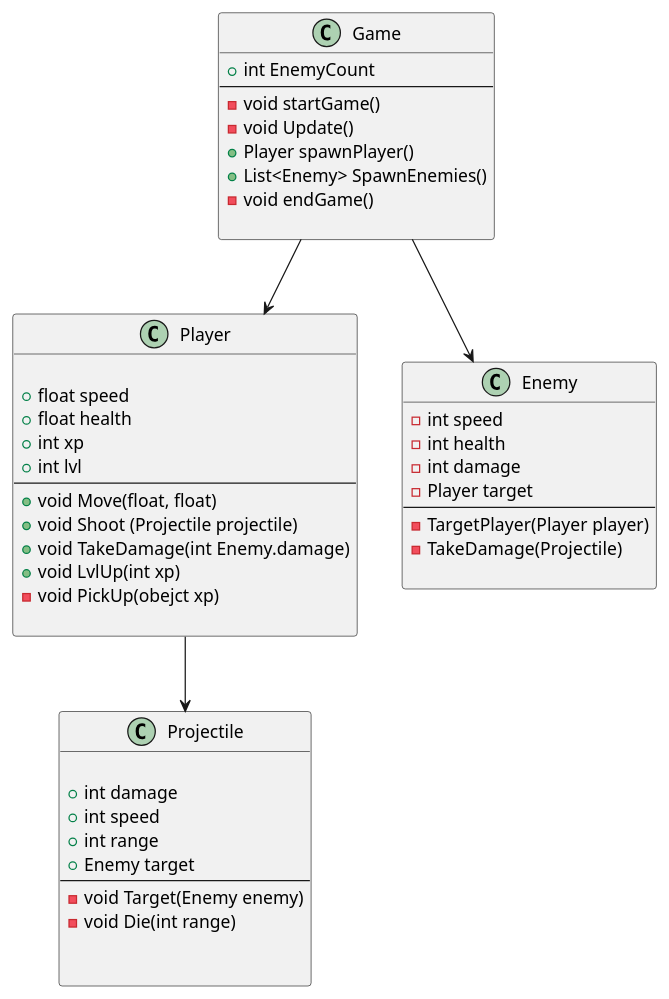
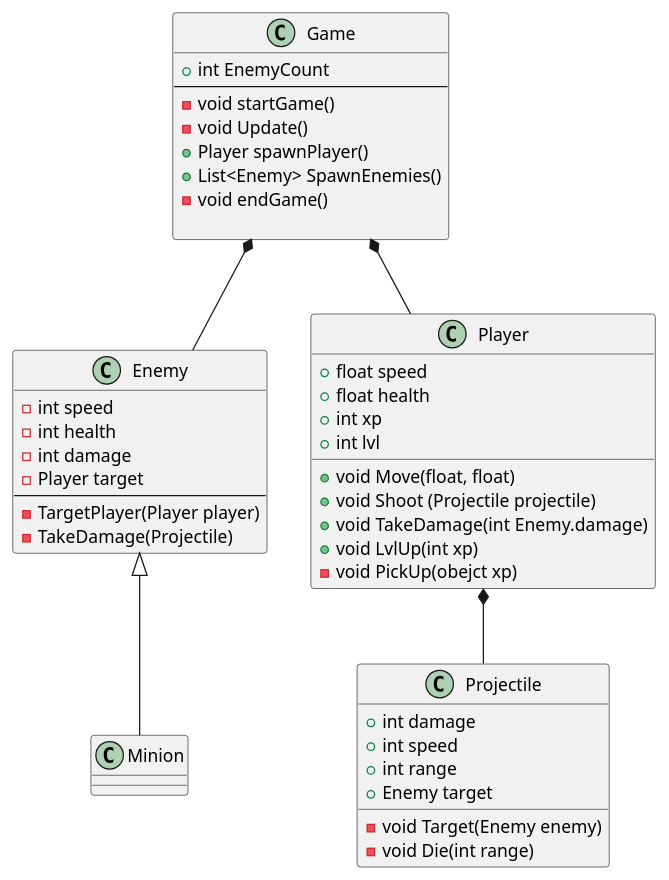
Before and after one commit to Hauvgaard2005/EksamensProjekt: the diagram in ClassDiagram.puml, drawn with PlantUML. The commit also changed 1 other file, not shown here.

Commit message:
ReadMe og Classdiagram done

```diff
--- a/ClassDiagram.puml
+++ b/ClassDiagram.puml
@@ -1,54 +1,59 @@
 
 class Player{
 
-+ float speed
-+ float health
-+ int xp
-+ int lvl
---
-+ void Move(float, float)
-+ void Shoot (Projectile projectile)
-+ void TakeDamage(int Enemy.damage)
-+ void LvlUp(int xp)
-- void PickUp(obejct xp)
+    + float speed
+    + float health
+    + int xp
+    + int lvl
+
+    + void Move(float, float)
+    + void Shoot (Projectile projectile)
+    + void TakeDamage(int Enemy.damage)
+    + void LvlUp(int xp)
+    - void PickUp(obejct xp)
 
 }
 
 class Enemy{
-- int speed
-- int health
-- int damage
-- Player target
---
-- TargetPlayer(Player player)
-- TakeDamage(Projectile)
+    - int speed
+    - int health
+    - int damage
+    - Player target
+    --
+    - TargetPlayer(Player player)
+    - TakeDamage(Projectile)
+}
+
+class Minion{
 
 }
 
+
 class Game{
-+ int EnemyCount
---
-- void startGame()
-- void Update()
-+ Player spawnPlayer()
-+ List<Enemy> SpawnEnemies()
-- void endGame()
+    + int EnemyCount
+    --
+    - void startGame()
+    - void Update()
+    + Player spawnPlayer()
+    + List<Enemy> SpawnEnemies()
+    - void endGame()
 
 }
 
 class Projectile{
 
-+ int damage
-+ int speed
-+ int range
-+ Enemy target
---
-- void Target(Enemy enemy)
-- void Die(int range)
+    + int damage
+    + int speed
+    + int range
+    + Enemy target
+    
+    - void Target(Enemy enemy)
+    - void Die(int range)
 
 
 }
 
-Game-->Player
-Player-->Projectile
-Game-->Enemy
+Game*--Player
+Player*--Projectile
+Game*--Enemy
+Minion-up-|>Enemy
```
